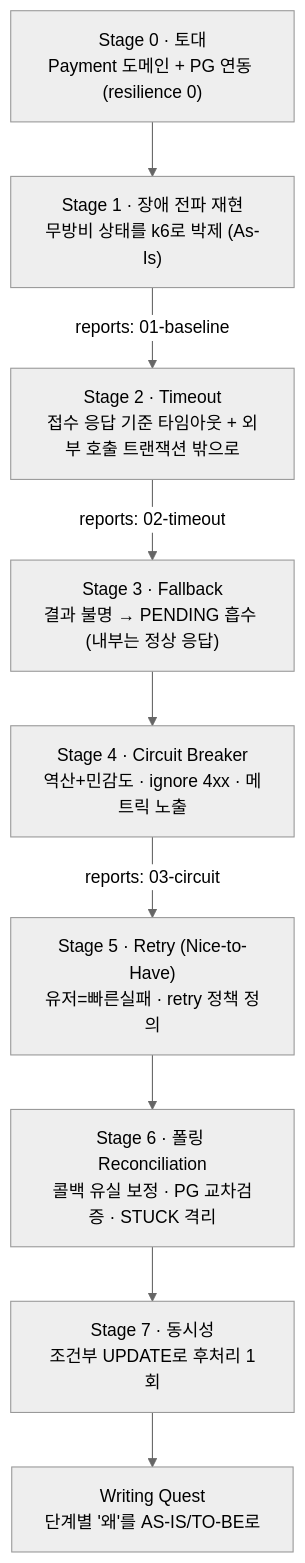
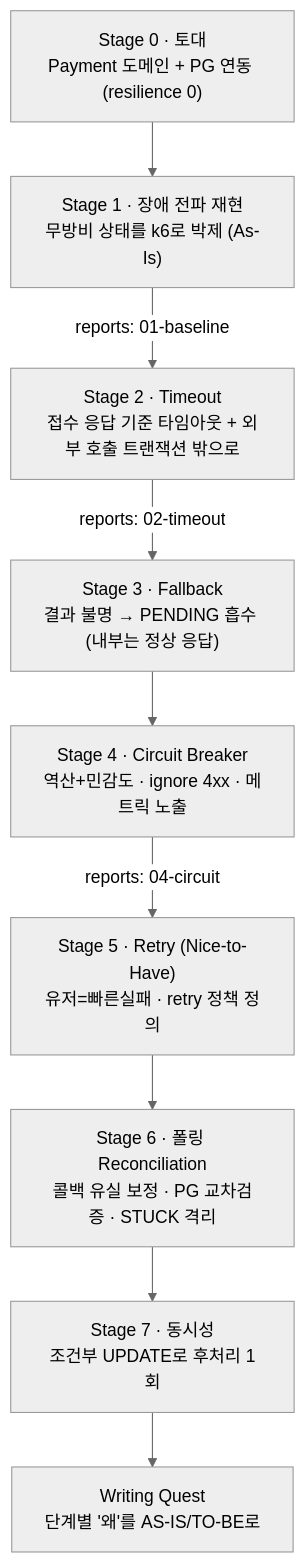
The diagram in docs/volume-6/TODO.md (loopers-labs/loop-pack-be-l2-vol4-java), drawn with Mermaid (neutral theme) before and after one commit. The commit also changed other lines of this file and 1 other file, not shown here.

First line of the commit message:
docs: Stage 3 fallback 검증 리포트 및 계획 갱신

````diff
--- a/docs/volume-6/TODO.md
+++ b/docs/volume-6/TODO.md
@@ -57,11 +57,11 @@
 ```mermaid
 flowchart TD
     S0["Stage 0 · 토대\nPayment 도메인 + PG 연동 (resilience 0)"] --> S1
     S1["Stage 1 · 장애 전파 재현\n무방비 상태를 k6로 박제 (As-Is)"] -->|"reports: 01-baseline"| S2
     S2["Stage 2 · Timeout\n접수 응답 기준 타임아웃 + 외부 호출 트랜잭션 밖으로"] -->|"reports: 02-timeout"| S3
     S3["Stage 3 · Fallback\n결과 불명 → PENDING 흡수 (내부는 정상 응답)"] --> S4
-    S4["Stage 4 · Circuit Breaker\n역산+민감도 · ignore 4xx · 메트릭 노출"] -->|"reports: 03-circuit"| S5
+    S4["Stage 4 · Circuit Breaker\n역산+민감도 · ignore 4xx · 메트릭 노출"] -->|"reports: 04-circuit"| S5
     S5["Stage 5 · Retry (Nice-to-Have)\n유저=빠른실패 · retry 정책 정의"] --> S6
     S6["Stage 6 · 폴링 Reconciliation\n콜백 유실 보정 · PG 교차검증 · STUCK 격리"] --> S7
     S7["Stage 7 · 동시성\n조건부 UPDATE로 후처리 1회"] --> DOC["Writing Quest\n단계별 '왜'를 AS-IS/TO-BE로"]
 ```
````
